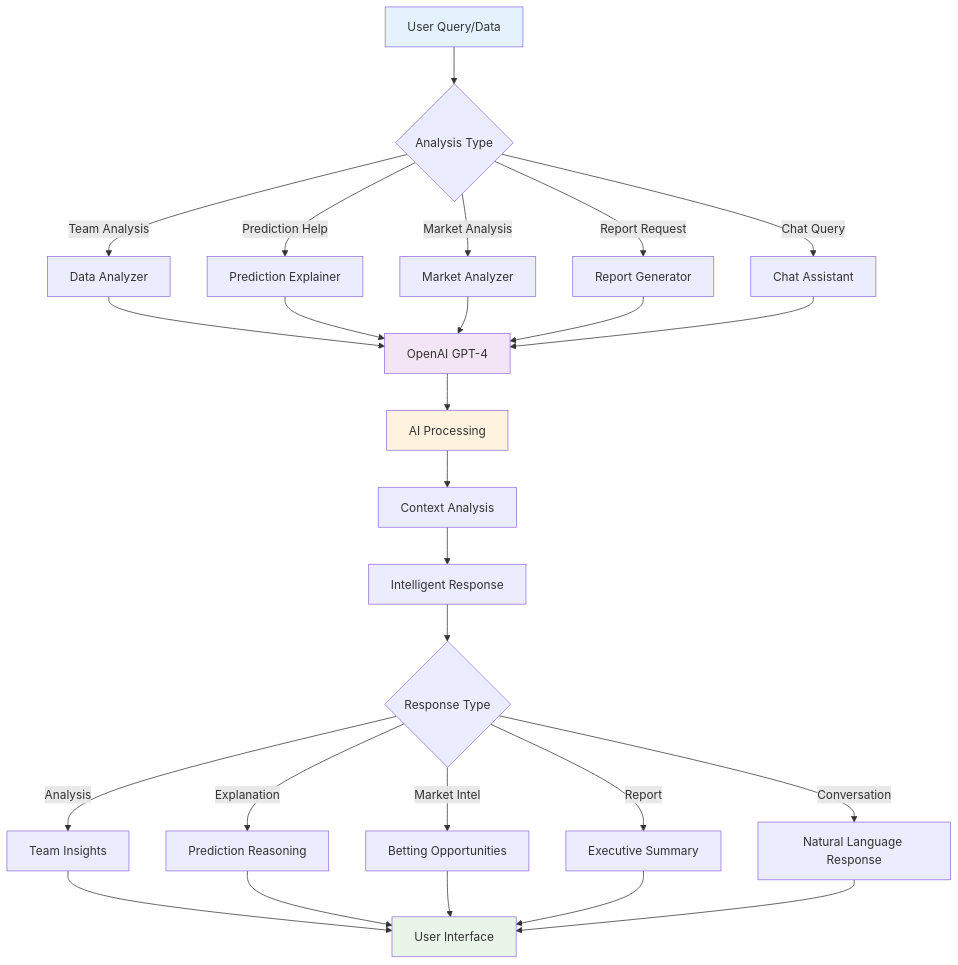
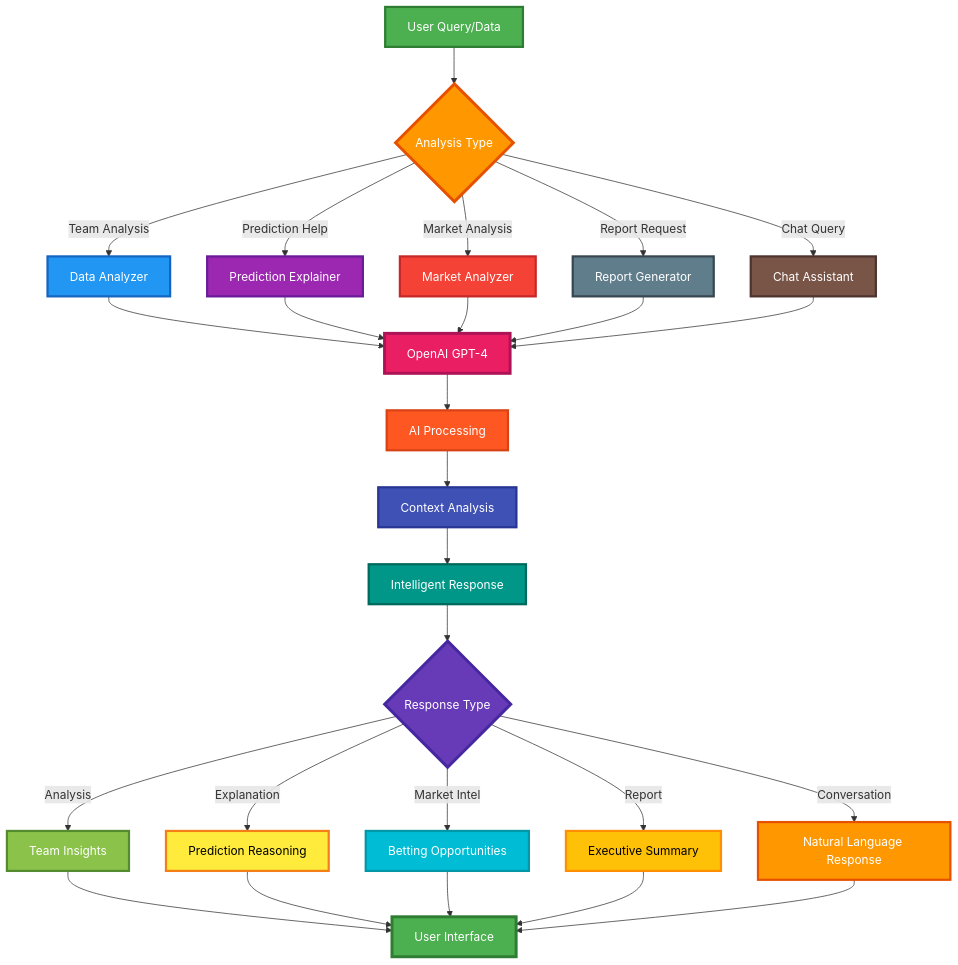
The fourth of 4 diagrams in README.md (gregorizeidler/footyforecast-soccer-bets-predictor), drawn with Mermaid before and after one commit. The commit also changed other lines of this file, not shown here.

First line of the commit message:
🎨 Fix Mermaid flowcharts with high-contrast colors

````diff
--- a/README.md
+++ b/README.md
@@ -1132,38 +1171,52 @@
 ```mermaid
 graph TD
     A[User Query/Data] --> B{Analysis Type}
     
     B -->|Team Analysis| C[Data Analyzer]
     B -->|Prediction Help| D[Prediction Explainer]
     B -->|Market Analysis| E[Market Analyzer]
     B -->|Report Request| F[Report Generator]
     B -->|Chat Query| G[Chat Assistant]
     
     C --> H[OpenAI GPT-4]
     D --> H
     E --> H
     F --> H
     G --> H
     
     H --> I[AI Processing]
     I --> J[Context Analysis]
     J --> K[Intelligent Response]
     
     K --> L{Response Type}
     L -->|Analysis| M[Team Insights]
     L -->|Explanation| N[Prediction Reasoning]
     L -->|Market Intel| O[Betting Opportunities]
     L -->|Report| P[Executive Summary]
     L -->|Conversation| Q[Natural Language Response]
     
     M --> R[User Interface]
     N --> R
     O --> R
     P --> R
     Q --> R
     
-    style A fill:#e3f2fd
-    style H fill:#f3e5f5
-    style I fill:#fff3e0
-    style R fill:#e8f5e8
+    style A fill:#4CAF50,stroke:#2E7D32,stroke-width:3px,color:#FFFFFF
+    style B fill:#FF9800,stroke:#E65100,stroke-width:4px,color:#FFFFFF
+    style C fill:#2196F3,stroke:#1565C0,stroke-width:3px,color:#FFFFFF
+    style D fill:#9C27B0,stroke:#6A1B9A,stroke-width:3px,color:#FFFFFF
+    style E fill:#F44336,stroke:#C62828,stroke-width:3px,color:#FFFFFF
+    style F fill:#607D8B,stroke:#37474F,stroke-width:3px,color:#FFFFFF
+    style G fill:#795548,stroke:#4E342E,stroke-width:3px,color:#FFFFFF
+    style H fill:#E91E63,stroke:#AD1457,stroke-width:4px,color:#FFFFFF
+    style I fill:#FF5722,stroke:#D84315,stroke-width:3px,color:#FFFFFF
+    style J fill:#3F51B5,stroke:#283593,stroke-width:3px,color:#FFFFFF
+    style K fill:#009688,stroke:#00695C,stroke-width:3px,color:#FFFFFF
+    style L fill:#673AB7,stroke:#4527A0,stroke-width:4px,color:#FFFFFF
+    style M fill:#8BC34A,stroke:#558B2F,stroke-width:3px,color:#FFFFFF
+    style N fill:#FFEB3B,stroke:#F57F17,stroke-width:3px,color:#000000
+    style O fill:#00BCD4,stroke:#0097A7,stroke-width:3px,color:#FFFFFF
+    style P fill:#FFC107,stroke:#FF8F00,stroke-width:3px,color:#000000
+    style Q fill:#FF9800,stroke:#E65100,stroke-width:3px,color:#FFFFFF
+    style R fill:#4CAF50,stroke:#2E7D32,stroke-width:4px,color:#FFFFFF
 ```
````
